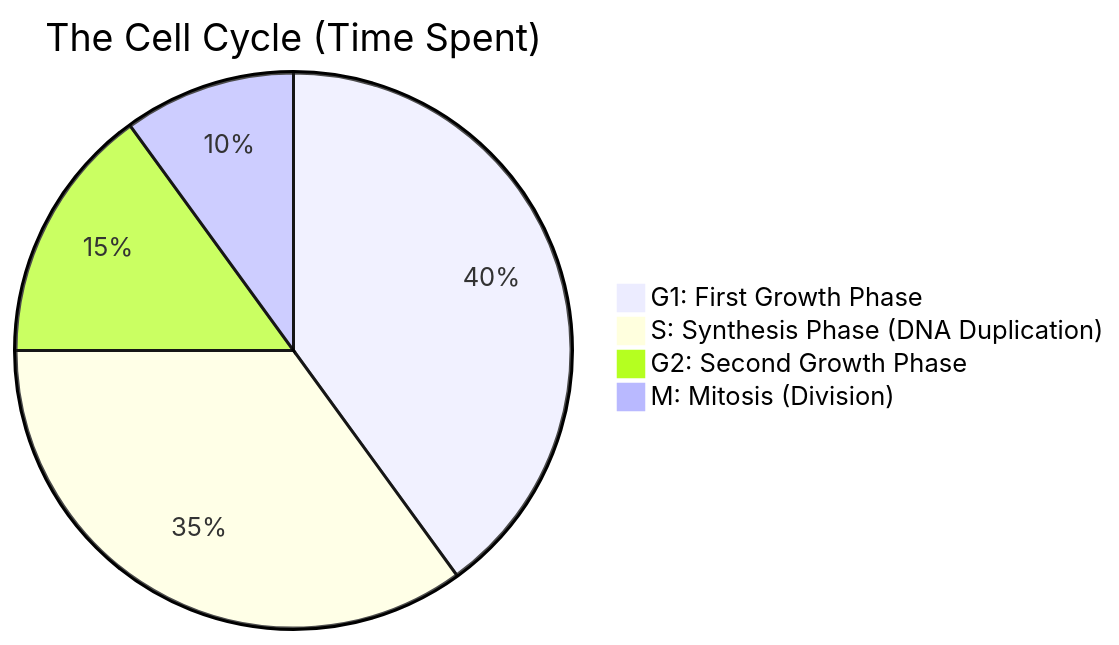
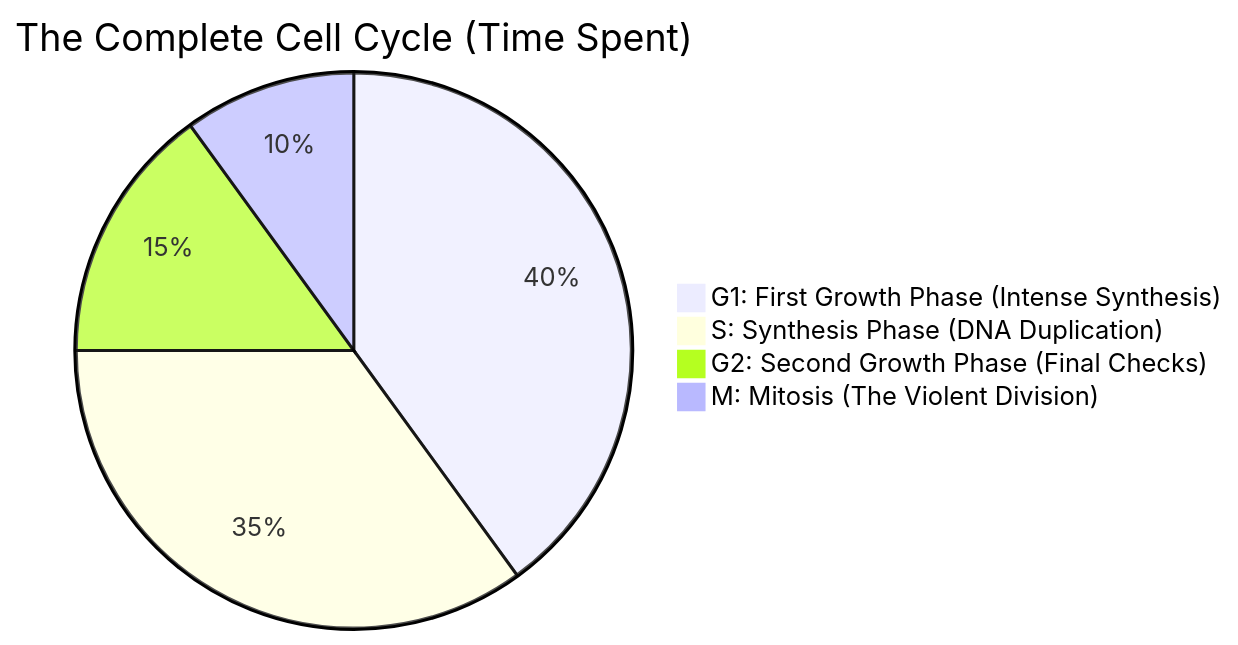
The diagram in Chapter_02_Tutorial/2.7_Cell_Cycle.md (naveengarla/icse-10th-biology), drawn with Mermaid before and after one commit. The commit also changed other lines of this file and 7 other files, not shown here.

````diff
--- a/Chapter_02_Tutorial/2.7_Cell_Cycle.md
+++ b/Chapter_02_Tutorial/2.7_Cell_Cycle.md
@@ -9,7 +11,7 @@
 ```mermaid
-pie title The Cell Cycle (Time Spent)
-    "G1: First Growth Phase" : 40
+pie title The Complete Cell Cycle (Time Spent)
+    "G1: First Growth Phase (Intense Synthesis)" : 40
     "S: Synthesis Phase (DNA Duplication)" : 35
-    "G2: Second Growth Phase" : 15
-    "M: Mitosis (Division)" : 10
+    "G2: Second Growth Phase (Final Checks)" : 15
+    "M: Mitosis (The Violent Division)" : 10
 ```
````
